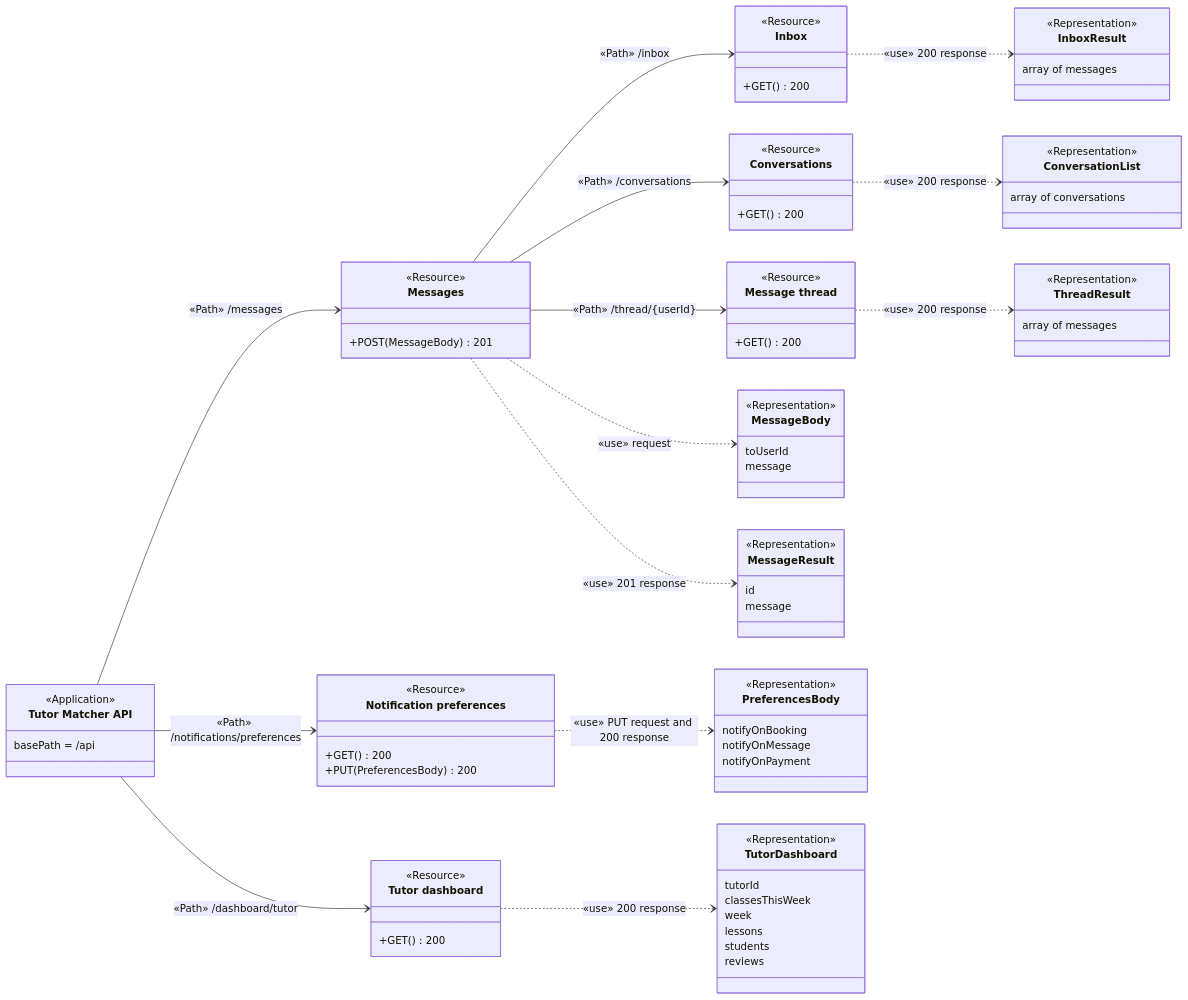
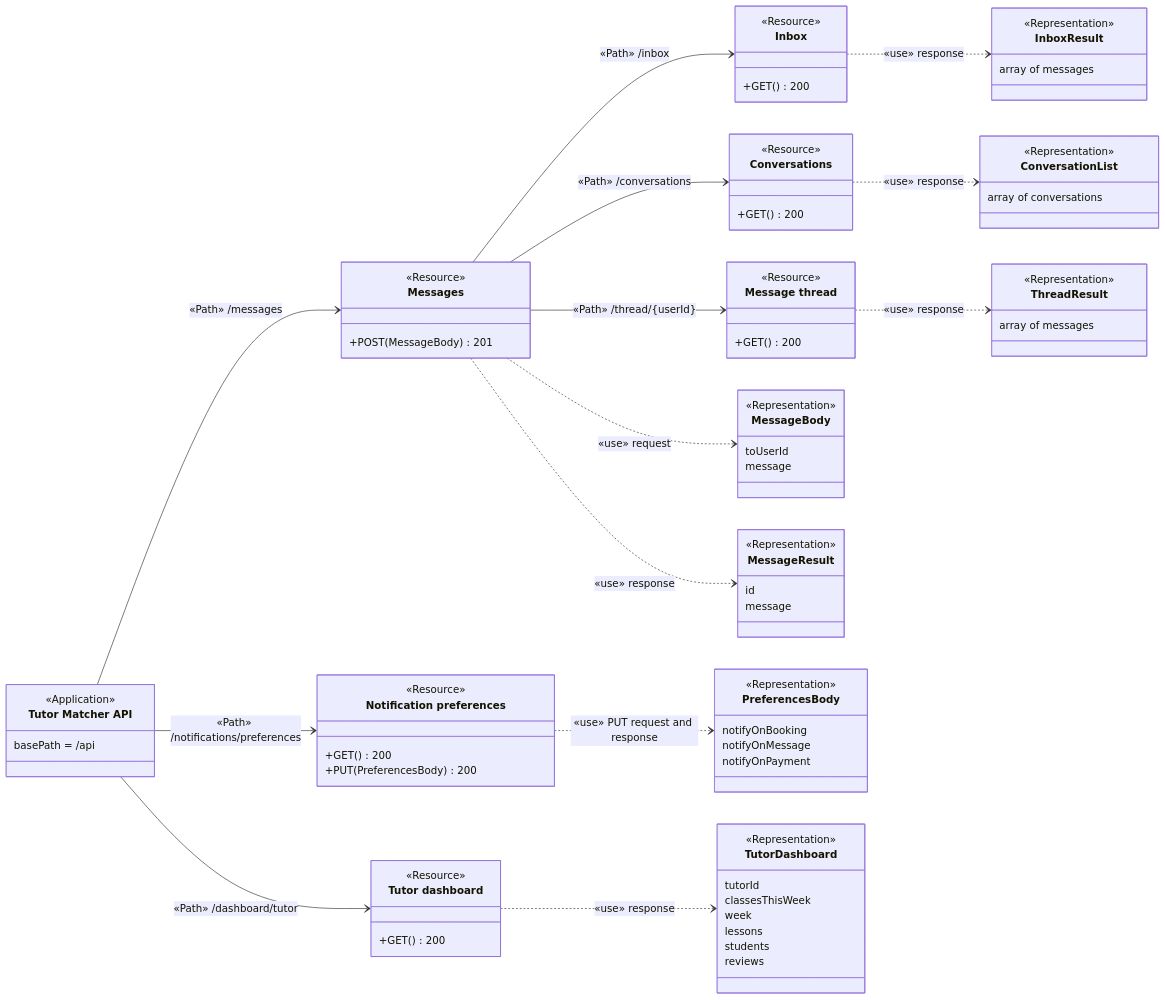
Before and after one commit to Azther0z/tutor-matcher: diagram 13 of 15 in docs/api-diagram.md, drawn with Mermaid. The commit also changed other lines of this file, not shown here.

````diff
--- a/docs/api-diagram.md
+++ b/docs/api-diagram.md
@@ -1082,10 +1082,10 @@
   API --> Preferences : «Path» /notifications/preferences
   API --> Dashboard : «Path» /dashboard/tutor
   Messages ..> MessageBody : «use» request
-  Messages ..> MessageResult : «use» 201 response
-  Inbox ..> InboxResult : «use» 200 response
-  Conversations ..> ConversationList : «use» 200 response
-  Thread ..> ThreadResult : «use» 200 response
-  Preferences ..> PreferencesBody : «use» PUT request and 200 response
-  Dashboard ..> TutorDashboard : «use» 200 response
+  Messages ..> MessageResult : «use» response
+  Inbox ..> InboxResult : «use» response
+  Conversations ..> ConversationList : «use» response
+  Thread ..> ThreadResult : «use» response
+  Preferences ..> PreferencesBody : «use» PUT request and response
+  Dashboard ..> TutorDashboard : «use» response
 ```
````
